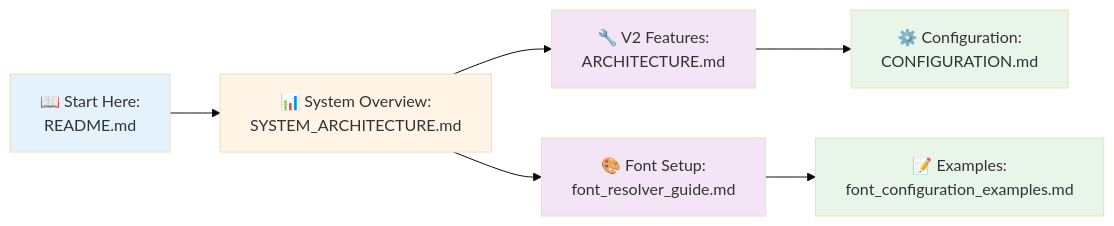
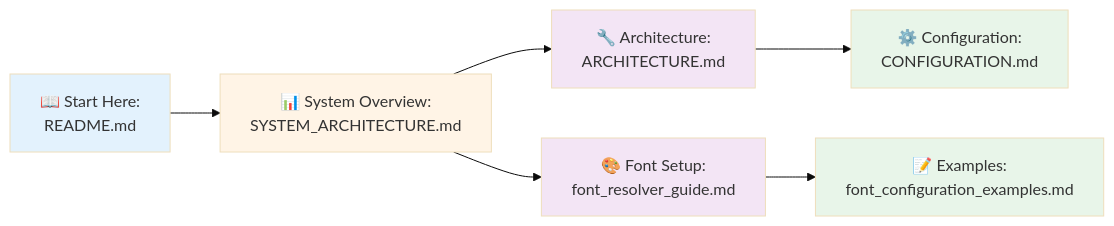
Before and after one commit to taigi0315/study_english_with_suits: the diagram in docs/README.md, drawn with Mermaid (base theme). The commit also changed other lines of this file and 54 other files, not shown here.

````diff
--- a/docs/README.md
+++ b/docs/README.md
@@ -78,15 +81,15 @@
 ```mermaid
 graph LR
     A[📖 Start Here:<br/>README.md] --> B[📊 System Overview:<br/>SYSTEM_ARCHITECTURE.md]
-    B --> C[🔧 V2 Features:<br/>ARCHITECTURE.md]
+    B --> C[🔧 Architecture:<br/>ARCHITECTURE.md]
     B --> D[🎨 Font Setup:<br/>font_resolver_guide.md]
     C --> E[⚙️ Configuration:<br/>CONFIGURATION.md]
     D --> F[📝 Examples:<br/>font_configuration_examples.md]
 
     style A fill:#e3f2fd
     style B fill:#fff4e6
     style C fill:#f3e5f5
     style D fill:#f3e5f5
     style E fill:#e8f5e9
     style F fill:#e8f5e9
 ```
````
